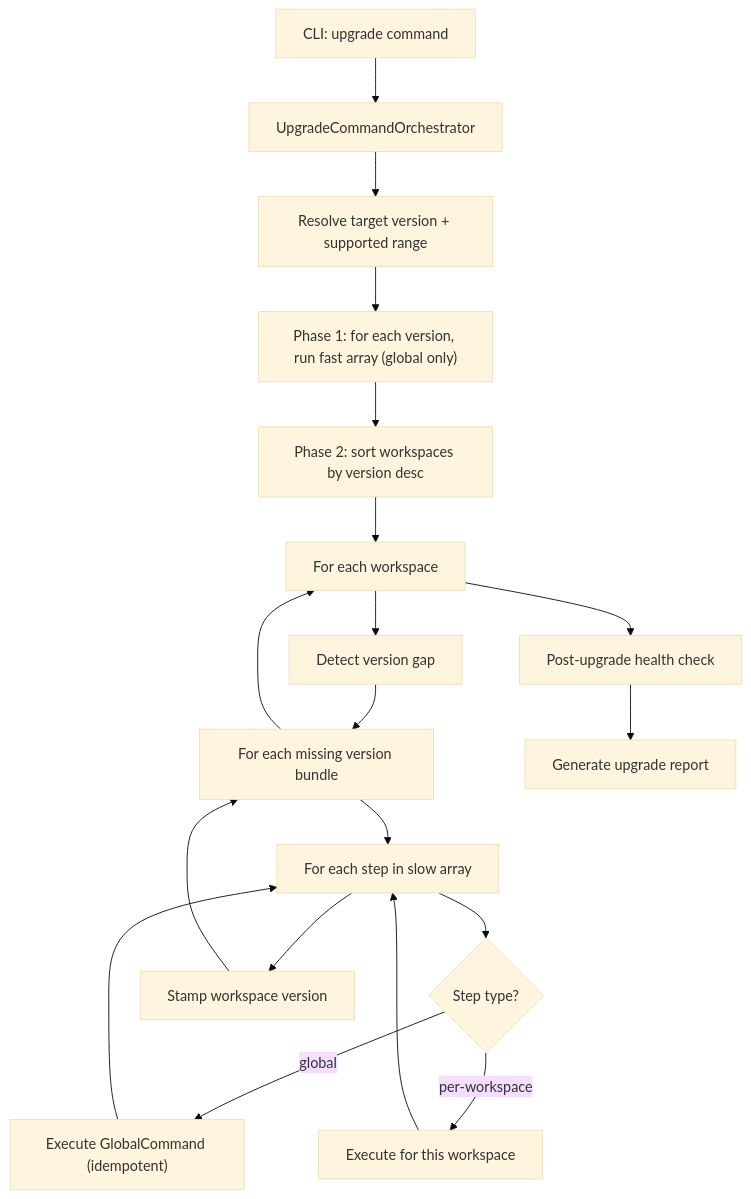
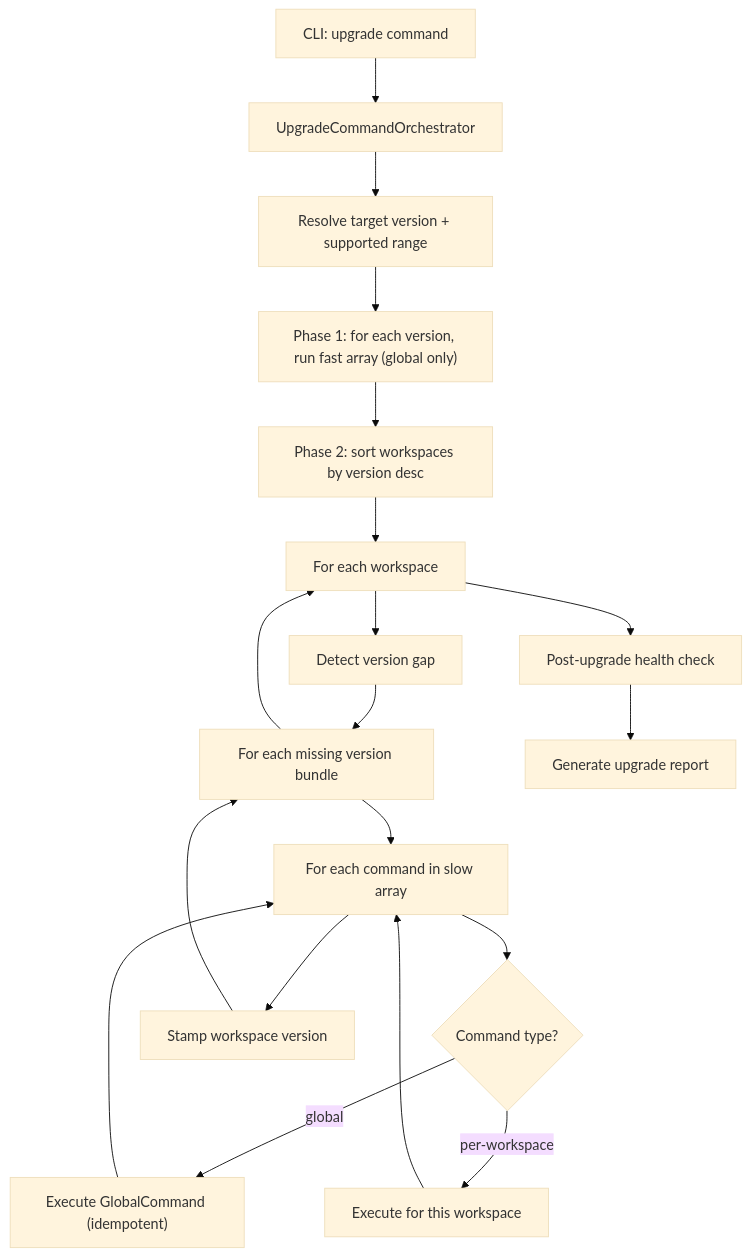
Before and after one commit to devorb1t/twenty: the first of 3 diagrams in docs/upgrade-experience-v2.md, drawn with Mermaid (base theme). The commit also changed other lines of this file, not shown here.

Commit message:
remove step naming

````diff
--- a/docs/upgrade-experience-v2.md
+++ b/docs/upgrade-experience-v2.md
@@ -127,21 +125,21 @@
 ```mermaid
 flowchart TD
   CLI["CLI: upgrade command"] --> Orchestrator["UpgradeCommandOrchestrator"]
   Orchestrator --> ResolveTarget["Resolve target version + supported range"]
   ResolveTarget --> FastLoop["Phase 1: for each version, run fast array (global only)"]
   FastLoop --> SortWs["Phase 2: sort workspaces by version desc"]
   SortWs --> WsLoop["For each workspace"]
   WsLoop --> DetectGap["Detect version gap"]
-  DetectGap --> VersionBundleLoop["For each missing version bundle"]
-  VersionBundleLoop --> SlowStep["For each step in slow array"]
-  SlowStep --> IsGlobal{Step type?}
+  DetectGap --> BundleLoop["For each missing version bundle"]
+  BundleLoop --> SlowCmd["For each command in slow array"]
+  SlowCmd --> IsGlobal{Command type?}
   IsGlobal -->|global| RunGlobal["Execute GlobalCommand (idempotent)"]
   IsGlobal -->|per-workspace| RunPerWs["Execute for this workspace"]
-  RunGlobal --> SlowStep
-  RunPerWs --> SlowStep
-  SlowStep --> StampVersion["Stamp workspace version"]
-  StampVersion --> VersionBundleLoop
-  VersionBundleLoop --> WsLoop
+  RunGlobal --> SlowCmd
+  RunPerWs --> SlowCmd
+  SlowCmd --> StampVersion["Stamp workspace version"]
+  StampVersion --> BundleLoop
+  BundleLoop --> WsLoop
   WsLoop --> HealthCheck["Post-upgrade health check"]
   HealthCheck --> Report["Generate upgrade report"]
 ```
````
